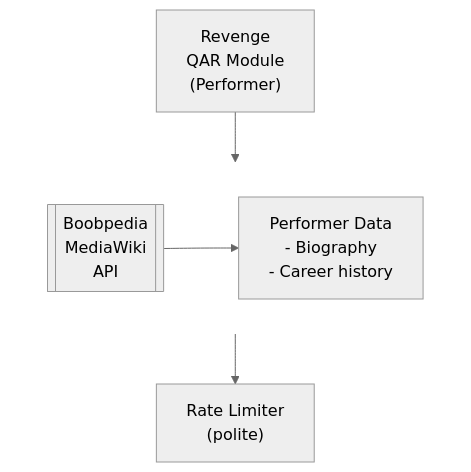
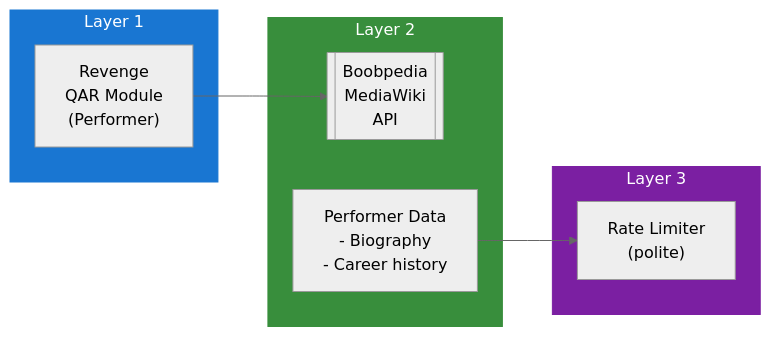
The diagram in docs/dev/design/integrations/wiki/adult/BOOBPEDIA.md (lusoris/revenge), drawn with Mermaid (neutral theme) before and after one commit. The commit also changed 215 other files, not shown here.

First line of the commit message:
feat(diagrams): convert all ASCII diagrams to Mermaid with LR subgraphs

````diff
--- a/docs/dev/design/integrations/wiki/adult/BOOBPEDIA.md
+++ b/docs/dev/design/integrations/wiki/adult/BOOBPEDIA.md
@@ -57,16 +57,24 @@
 ```mermaid
-flowchart TD
-    node1["Revenge<br/>QAR Module<br/>(Performer)"]
-    subgraph row1[ ]
-        direction LR
+flowchart LR
+    subgraph Layer1["Layer 1"]
+        node1["Revenge<br/>QAR Module<br/>(Performer)"]
+    end
+
+    subgraph Layer2["Layer 2"]
         node2[["Boobpedia<br/>MediaWiki<br/>API"]]
         node3["Performer Data<br/>- Biography<br/>- Career history"]
     end
-    node4["Rate Limiter<br/>(polite)"]
-    node2 --> node3
+
+    subgraph Layer3["Layer 3"]
+        node4["Rate Limiter<br/>(polite)"]
+    end
+
+    %% Connections
     node1 --> node2
     node3 --> node4
 
-    %% Hide row subgraph borders
-    style row1 fill:transparent,stroke:transparent
+    %% Styling
+    style Layer1 fill:#1976D2,stroke:#1976D2,color:#fff
+    style Layer2 fill:#388E3C,stroke:#388E3C,color:#fff
+    style Layer3 fill:#7B1FA2,stroke:#7B1FA2,color:#fff
 ```
````
